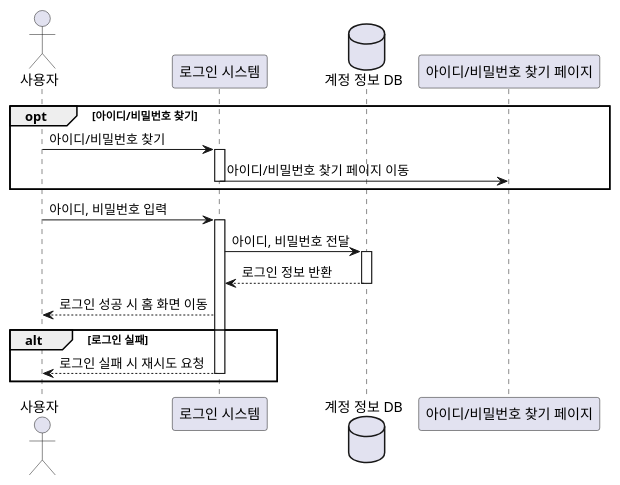
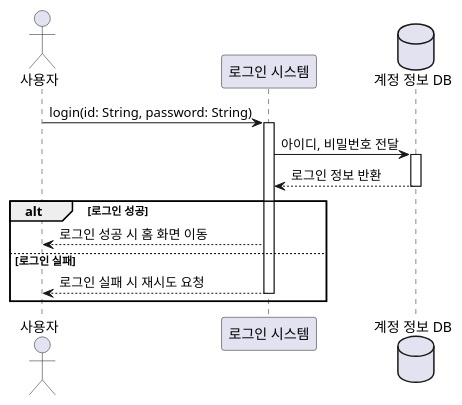
One commit to marmot8080/SWE changed the diagram in src/sequence_login.puml. Above: the diagram before and after it, drawn with PlantUML.

Commit message:
Update seqeunce diagram

```diff
--- a/src/sequence_login.puml
+++ b/src/sequence_login.puml
@@ -1,29 +1,22 @@
 @startuml
 
 actor "사용자" as user
 participant "로그인 시스템" as login
 database "계정 정보 DB" as db
-participant "아이디/비밀번호 찾기 페이지" as search
 
-opt 아이디/비밀번호 찾기
-user -> login : 아이디/비밀번호 찾기
-activate login
-login -> search : 아이디/비밀번호 찾기 페이지 이동
-deactivate login
-end
-
-user -> login : 아이디, 비밀번호 입력
+user -> login : login(id: String, password: String)
 activate login
 login -> db : 아이디, 비밀번호 전달
 activate db
 
 db --> login : 로그인 정보 반환
 deactivate db
 
+alt 로그인 성공
 login --> user : 로그인 성공 시 홈 화면 이동
-alt 로그인 실패
+else 로그인 실패
   login --> user : 로그인 실패 시 재시도 요청
 deactivate login
 end
 
 @enduml
```
